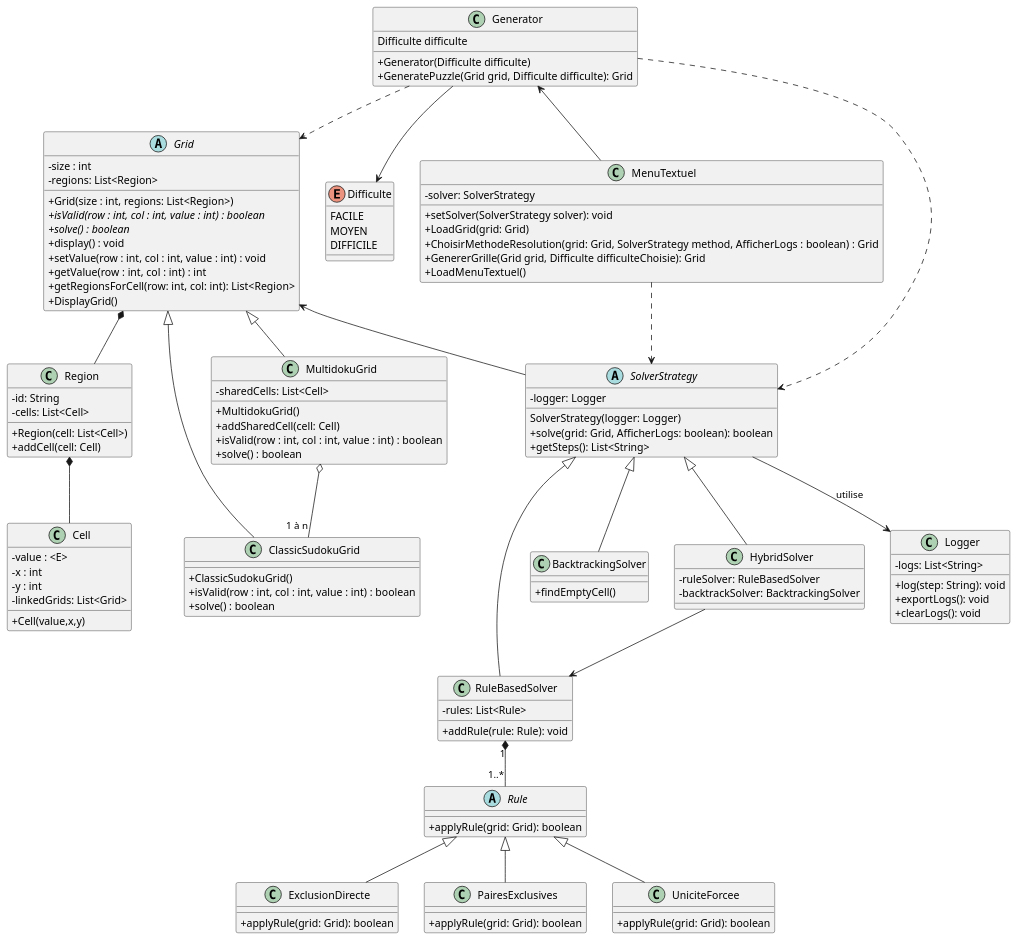
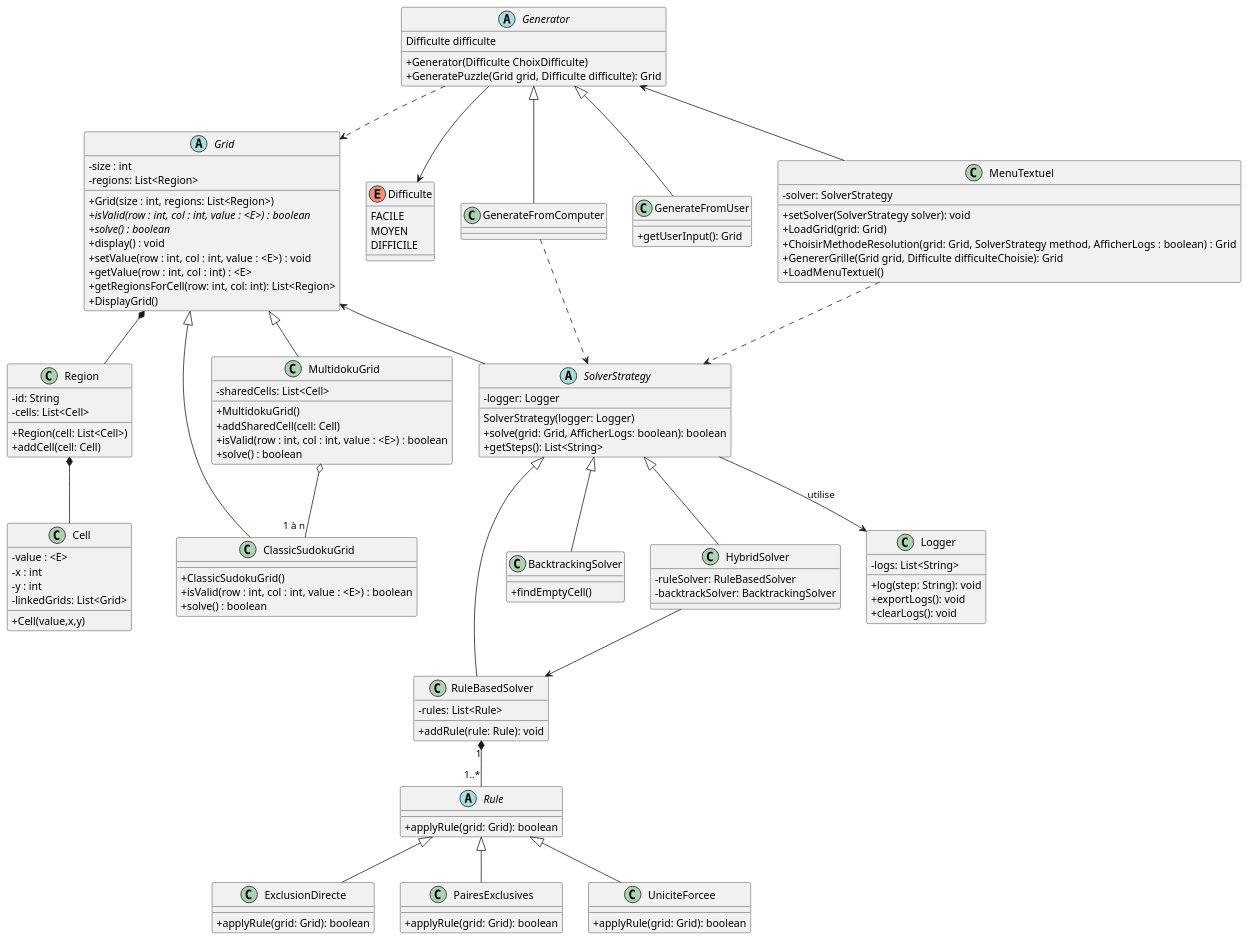
One commit to PolytechLyon/SudokuAPO changed the diagram in ClassDiagram.puml. Above: the diagram before and after it, drawn with PlantUML.

Commit message:
diagramme classe

```diff
--- a/ClassDiagram.puml
+++ b/ClassDiagram.puml
@@ -1,137 +1,146 @@
 @startuml
 skinparam classAttributeIconSize 0
 'https://plantuml.com/class-diagram
 
 abstract class Grid{
     - size : int
     - regions: List<Region>
     + Grid(size : int, regions: List<Region>)
-    + {abstract} isValid(row : int, col : int, value : int) : boolean
+    + {abstract} isValid(row : int, col : int, value : <E>) : boolean
     + {abstract} solve() : boolean
     + display() : void
-    + setValue(row : int, col : int, value : int) : void
-    + getValue(row : int, col : int) : int
+    + setValue(row : int, col : int, value : <E>) : void
+    + getValue(row : int, col : int) : <E>
     + getRegionsForCell(row: int, col: int): List<Region>
     + DisplayGrid()
 }
 
 class Region {
     - id: String
     - cells: List<Cell>
     +Region(cell: List<Cell>)
     + addCell(cell: Cell)
 }
 
 class Cell {
     -value : <E>
     -x : int
     -y : int
     - linkedGrids: List<Grid>
     +Cell(value,x,y)
 }
 
 class ClassicSudokuGrid{
     + ClassicSudokuGrid()
-    + isValid(row : int, col : int, value : int) : boolean
+    + isValid(row : int, col : int, value : <E>) : boolean
     + solve() : boolean
 }
 
 class MultidokuGrid{
     - sharedCells: List<Cell>
     + MultidokuGrid()
     + addSharedCell(cell: Cell)
-    + isValid(row : int, col : int, value : int) : boolean
+    + isValid(row : int, col : int, value : <E>) : boolean
     + solve() : boolean
 }
 
 abstract class Rule {
     + applyRule(grid: Grid): boolean
 }
 class ExclusionDirecte extends Rule {
     + applyRule(grid: Grid): boolean
 }
 class PairesExclusives extends Rule {
     + applyRule(grid: Grid): boolean
 }
 class UniciteForcee extends Rule {
     + applyRule(grid: Grid): boolean
 }
 
 enum Difficulte{
     FACILE
     MOYEN
     DIFFICILE
 }
 
 Generator --> Difficulte
 
-class Generator {
+Abstract class Generator {
     Difficulte difficulte
-    + Generator(Difficulte difficulte)
+    + Generator(Difficulte ChoixDifficulte)
     +GeneratePuzzle(Grid grid, Difficulte difficulte): Grid
 }
 Generator ..> Grid
+
+class GenerateFromComputer extends Generator{
+}
+
+class GenerateFromUser extends Generator{
+    + getUserInput(): Grid
+}
 
 class MenuTextuel {
     - solver: SolverStrategy
     + setSolver(SolverStrategy solver): void
     +LoadGrid(grid: Grid)
     +ChoisirMethodeResolution(grid: Grid, SolverStrategy method, AfficherLogs : boolean) : Grid
     +GenererGrille(Grid grid, Difficulte difficulteChoisie): Grid
     +LoadMenuTextuel()
 }
 
 MenuTextuel ..> SolverStrategy
+
+
 
 class RuleBasedSolver {
     - rules: List<Rule>
     + addRule(rule: Rule): void
 }
 
 class BacktrackingSolver {
     +findEmptyCell()
 }
 
 class HybridSolver {
     - ruleSolver: RuleBasedSolver
     - backtrackSolver: BacktrackingSolver
 }
 
 class Logger {
     - logs: List<String>
     + log(step: String): void
     + exportLogs(): void
     + clearLogs(): void
 }
 
 abstract class SolverStrategy {
     - logger: Logger
     SolverStrategy(logger: Logger)
     + solve(grid: Grid, AfficherLogs: boolean): boolean
     + getSteps(): List<String>
 }
 
 SolverStrategy --> Logger : utilise
 
 Generator<--MenuTextuel
 
 Grid <|-- MultidokuGrid
 Grid <|-- ClassicSudokuGrid
 Grid *-- Region
 Grid <-- SolverStrategy
 
-Generator ..> SolverStrategy
+GenerateFromComputer ..> SolverStrategy
 
 MultidokuGrid o-- "1 à n" ClassicSudokuGrid
 
 Region *-- Cell
 
 SolverStrategy <|-- RuleBasedSolver
 SolverStrategy <|-- HybridSolver
 SolverStrategy <|-- BacktrackingSolver
 RuleBasedSolver "1" *-- "1..*" Rule
 HybridSolver --> RuleBasedSolver
 
 
 
 @enduml
```
